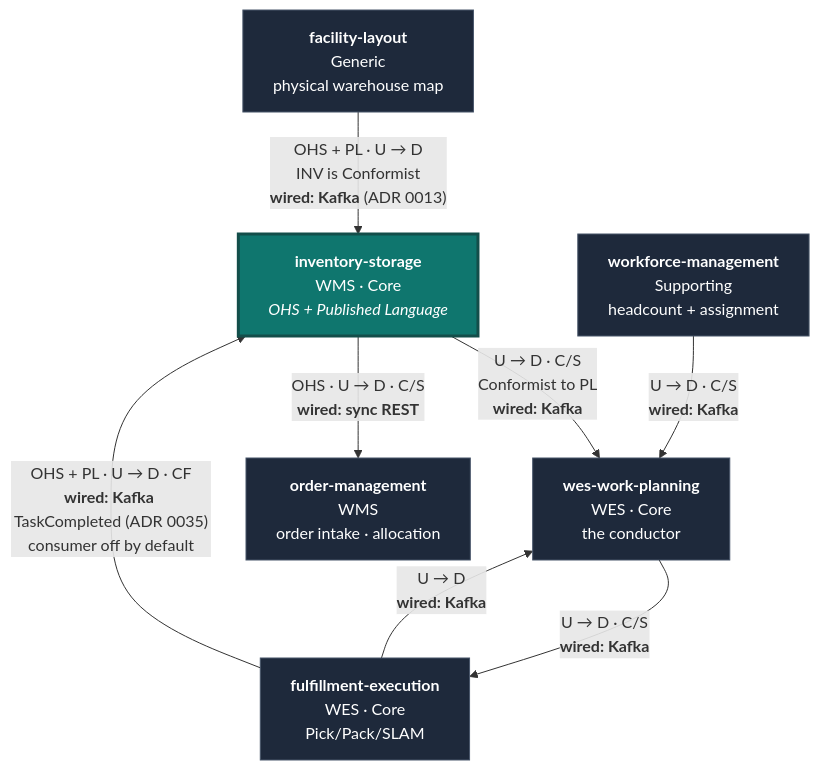
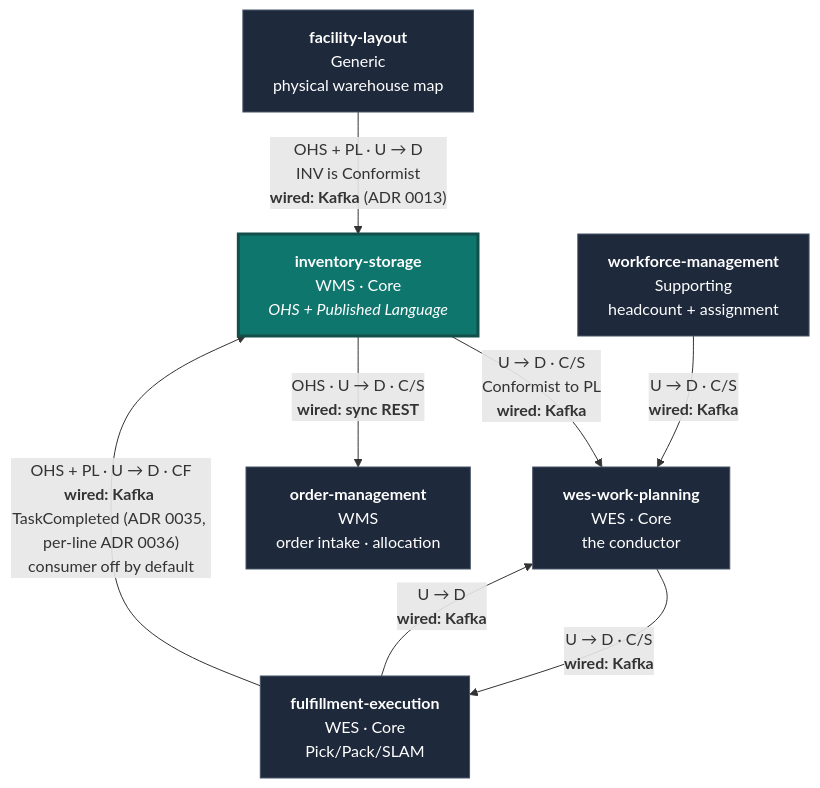
One commit to IQVO/inventory-storage changed the diagram in docs/docs/ddd/context-relationships.md. Above: the diagram before and after it, drawn with Mermaid. The commit also changed other lines of this file and 44 other files, not shown here.

First line of the commit message:
feat: reservations store line_no; confirm picks per line (decision 18) (#158)

````diff
--- a/docs/docs/ddd/context-relationships.md
+++ b/docs/docs/ddd/context-relationships.md
@@ -52,23 +52,23 @@
 ```mermaid
 flowchart TB
     INV["<b>inventory-storage</b><br/>WMS · Core<br/><i>OHS + Published Language</i>"]
     WP["<b>wes-work-planning</b><br/>WES · Core<br/>the conductor"]
     FE["<b>fulfillment-execution</b><br/>WES · Core<br/>Pick/Pack/SLAM"]
     WM["<b>workforce-management</b><br/>Supporting<br/>headcount + assignment"]
     FL["<b>facility-layout</b><br/>Generic<br/>physical warehouse map"]
     OM["<b>order-management</b><br/>WMS<br/>order intake · allocation"]
 
     INV -->|"U → D · C/S<br/>Conformist to PL<br/><b>wired: Kafka</b>"| WP
     WM -->|"U → D · C/S<br/><b>wired: Kafka</b>"| WP
     WP -->|"U → D · C/S<br/><b>wired: Kafka</b>"| FE
     FE -->|"U → D<br/><b>wired: Kafka</b>"| WP
     FL -->|"OHS + PL · U → D<br/>INV is Conformist<br/><b>wired: Kafka</b> (ADR 0013)"| INV
     INV -->|"OHS · U → D · C/S<br/><b>wired: sync REST</b>"| OM
-    FE -->|"OHS + PL · U → D · CF<br/><b>wired: Kafka</b> TaskCompleted (ADR 0035)<br/>consumer off by default"| INV
+    FE -->|"OHS + PL · U → D · CF<br/><b>wired: Kafka</b> TaskCompleted (ADR 0035, per-line ADR 0036)<br/>consumer off by default"| INV
 
     classDef this fill:#0f766e,stroke:#134e4a,color:#fff,stroke-width:3px;
     classDef other fill:#1e293b,stroke:#475569,color:#fff;
     classDef future fill:#475569,stroke:#94a3b8,color:#e2e8f0,stroke-dasharray: 5 5;
     class INV this;
     class WP,FE,WM,OM,FL other;
 ```
````
